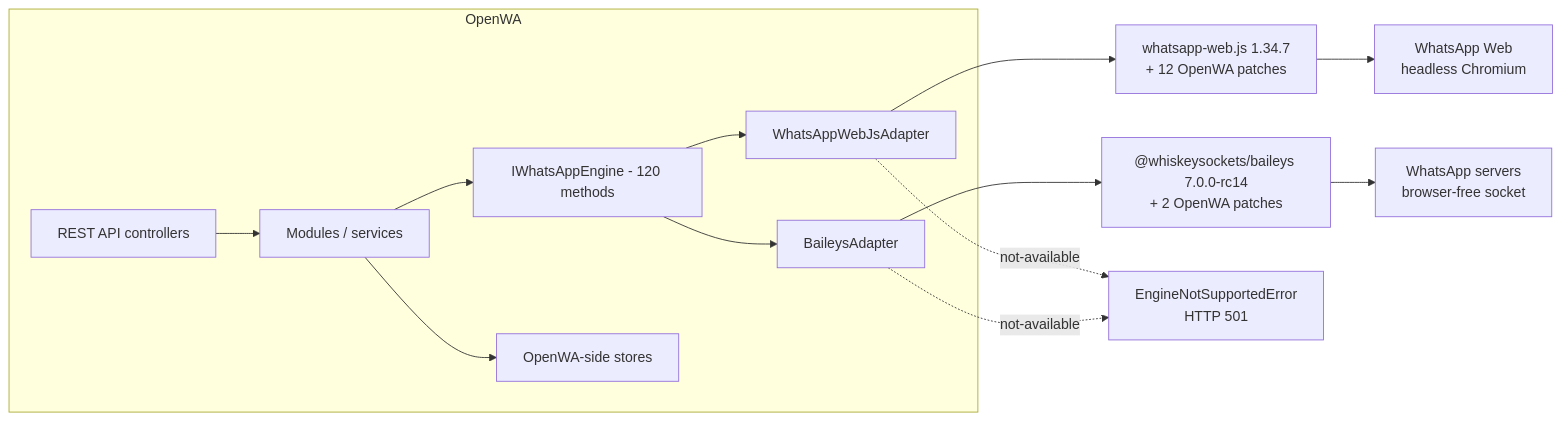
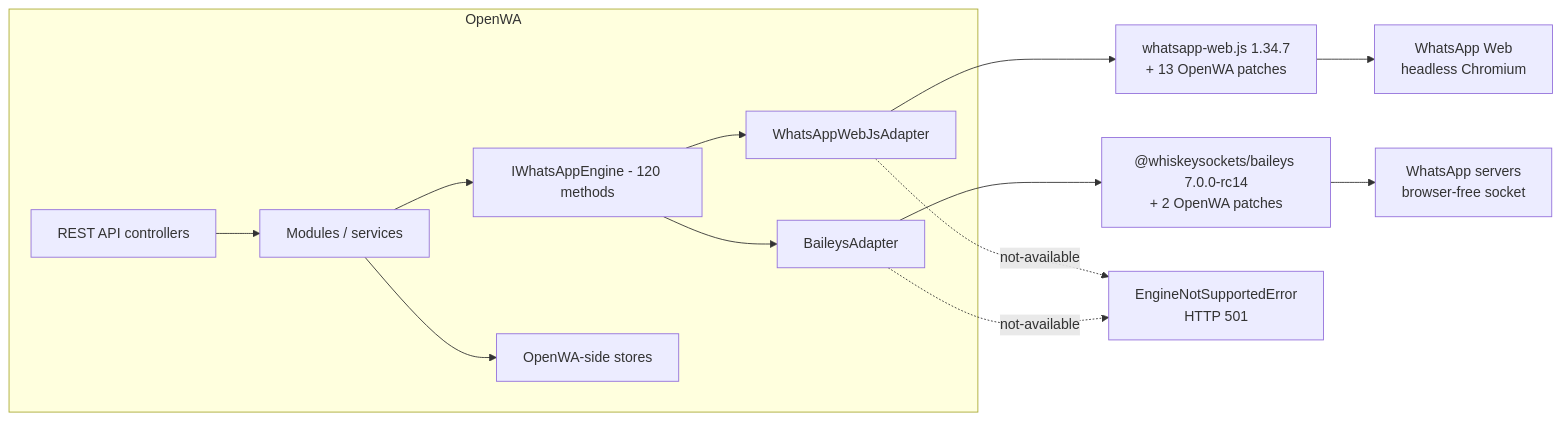
Before and after one commit to purnamcommunity/OpenWA: the first of 2 diagrams in docs/29-engine-capability-matrix.md, drawn with Mermaid. The commit also changed other lines of this file and 8 other files, not shown here.

````diff
--- a/docs/29-engine-capability-matrix.md
+++ b/docs/29-engine-capability-matrix.md
@@ -43,16 +43,16 @@
 ```mermaid
 flowchart LR
     subgraph OpenWA["OpenWA"]
         API["REST API controllers"] --> SVC["Modules / services"]
         SVC --> IF["IWhatsAppEngine - 120 methods"]
         IF --> WA["WhatsAppWebJsAdapter"]
         IF --> BA["BaileysAdapter"]
         SVC --> STORE["OpenWA-side stores"]
     end
-    WA --> WLIB["whatsapp-web.js 1.34.7<br/>+ 12 OpenWA patches"]
+    WA --> WLIB["whatsapp-web.js 1.34.7<br/>+ 13 OpenWA patches"]
     BA --> BLIB["@whiskeysockets/baileys 7.0.0-rc14<br/>+ 2 OpenWA patches"]
     WLIB --> WEB["WhatsApp Web<br/>headless Chromium"]
     BLIB --> WAS["WhatsApp servers<br/>browser-free socket"]
     WA -.->|"not-available"| E["EngineNotSupportedError<br/>HTTP 501"]
     BA -.->|"not-available"| E
 ```
````
